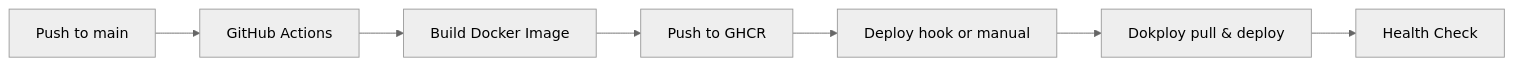
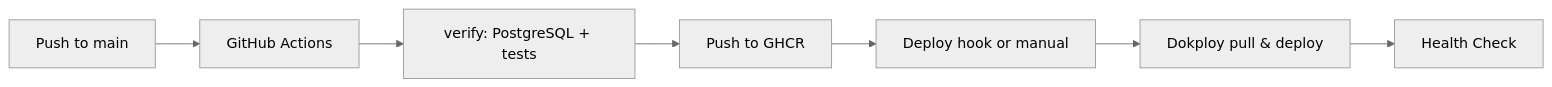
The diagram in .github/README.md (oricha/recicar), drawn with Mermaid (neutral theme) before and after one commit. The commit also changed other lines of this file and 12 other files, not shown here.

````diff
--- a/.github/README.md
+++ b/.github/README.md
@@ -38,9 +49,9 @@
 ```mermaid
 graph LR
     A[Push to main] --> B[GitHub Actions]
-    B --> C[Build Docker Image]
+    B --> C[verify: PostgreSQL + tests]
     C --> D[Push to GHCR]
     D --> E[Deploy hook or manual]
     E --> F[Dokploy pull & deploy]
     F --> G[Health Check]
 ```
````
